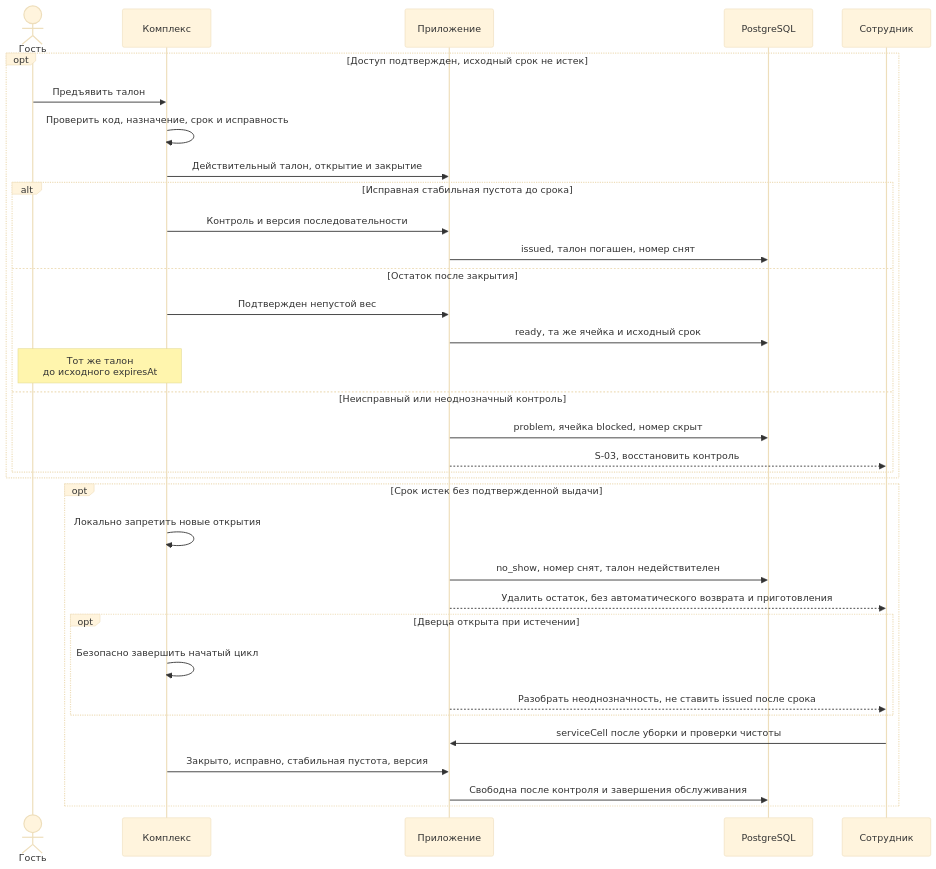
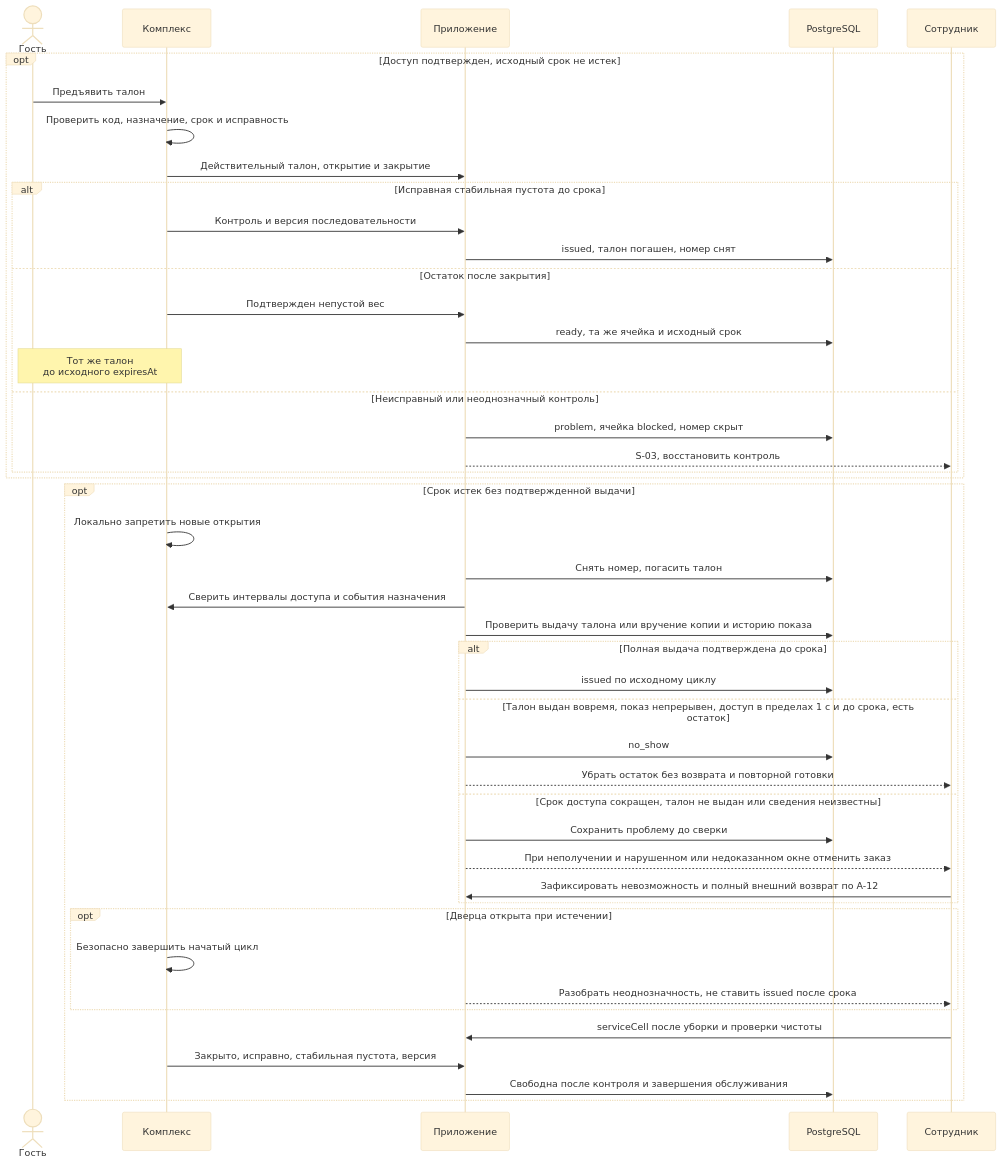
Before and after one commit to n-leo-leo/restaurant-order-board: the sixth of 8 diagrams in docs/project/published/04_architecture/integration-flows.md, drawn with Mermaid (base theme). The commit also changed other lines of this file and 92 other files, not shown here.

````diff
--- a/docs/project/published/04_architecture/integration-flows.md
+++ b/docs/project/published/04_architecture/integration-flows.md
@@ -201,36 +215,47 @@
 ```mermaid
 sequenceDiagram
 actor Guest as Гость
 participant Robot as Комплекс
 participant App as Приложение
 participant DB as PostgreSQL
 participant Staff as Сотрудник
 opt Доступ подтвержден, исходный срок не истек
 Guest->>Robot: Предъявить талон
 Robot->>Robot: Проверить код, назначение, срок и исправность
 Robot->>App: Действительный талон, открытие и закрытие
 alt Исправная стабильная пустота до срока
 Robot->>App: Контроль и версия последовательности
 App->>DB: issued, талон погашен, номер снят
 else Остаток после закрытия
 Robot->>App: Подтвержден непустой вес
 App->>DB: ready, та же ячейка и исходный срок
 Note over Guest,Robot: Тот же талон<br/>до исходного expiresAt
 else Неисправный или неоднозначный контроль
 App->>DB: problem, ячейка blocked, номер скрыт
 App-->>Staff: S-03, восстановить контроль
 end
 end
 opt Срок истек без подтвержденной выдачи
 Robot->>Robot: Локально запретить новые открытия
-App->>DB: no_show, номер снят, талон недействителен
-App-->>Staff: Удалить остаток, без автоматического возврата и приготовления
+App->>DB: Снять номер, погасить талон
+App->>Robot: Сверить интервалы доступа и события назначения
+App->>DB: Проверить выдачу талона или вручение копии и историю показа
+alt Полная выдача подтверждена до срока
+App->>DB: issued по исходному циклу
+else Талон выдан вовремя, показ непрерывен, доступ в пределах 1 с и до срока, есть остаток
+App->>DB: no_show
+App-->>Staff: Убрать остаток без возврата и повторной готовки
+else Срок доступа сокращен, талон не выдан или сведения неизвестны
+App->>DB: Сохранить проблему до сверки
+App-->>Staff: При неполучении и нарушенном или недоказанном окне отменить заказ
+Staff->>App: Зафиксировать невозможность и полный внешний возврат по A-12
+end
 opt Дверца открыта при истечении
 Robot->>Robot: Безопасно завершить начатый цикл
 App-->>Staff: Разобрать неоднозначность, не ставить issued после срока
 end
 Staff->>App: serviceCell после уборки и проверки чистоты
 Robot->>App: Закрыто, исправно, стабильная пустота, версия
 App->>DB: Свободна после контроля и завершения обслуживания
 end
 ```
````
